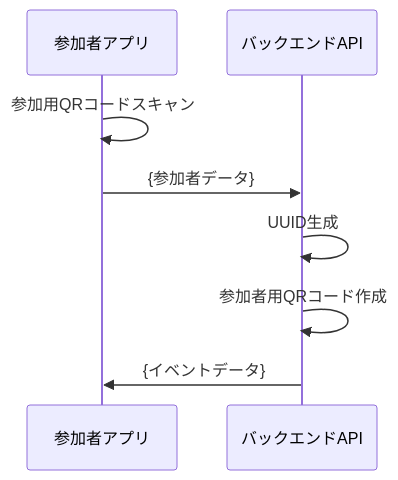
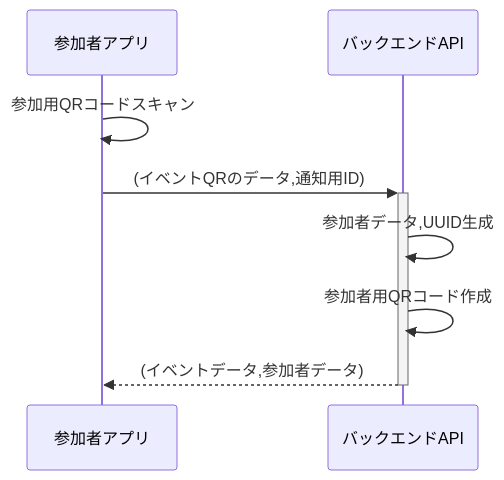
The first of 9 diagrams in docs/sequence/mobile.md (after-school-garbage-squad/repaint-architecture), drawn with Mermaid before and after one commit. The commit also changed other lines of this file and 3 other files, not shown here.

````diff
--- a/docs/sequence/mobile.md
+++ b/docs/sequence/mobile.md
@@ -7,11 +7,11 @@
 ```mermaid
 sequenceDiagram
     participant app as 参加者アプリ
     participant back as バックエンドAPI
     app ->> app: 参加用QRコードスキャン
-    app ->> back: {参加者データ}
-    back ->> back: UUID生成
+    app ->>+ back: (イベントQRのデータ,通知用ID)
+    back ->> back: 参加者データ,UUID生成
     back ->> back: 参加者用QRコード作成
-    back ->> app: {イベントデータ}
+    back -->>- app: (イベントデータ,参加者データ)
     
 ```
````
